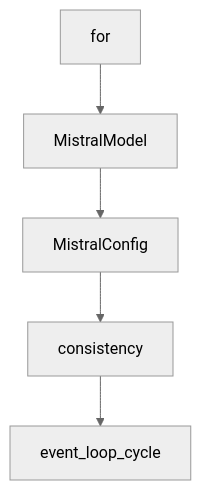
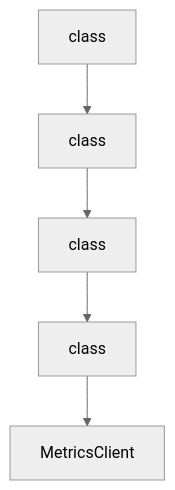
Before and after one commit to johnxie/awesome-code-docs: the diagram in tutorials/strands-agents-tutorial/08-contribution-workflow-and-ecosystem-extensions.md, drawn with Mermaid (neutral theme). The commit also changed other lines of this file and 1232 other files, not shown here.

````diff
--- a/tutorials/strands-agents-tutorial/08-contribution-workflow-and-ecosystem-extensions.md
+++ b/tutorials/strands-agents-tutorial/08-contribution-workflow-and-ecosystem-extensions.md
@@ -213,12 +211,12 @@
 ```mermaid
 flowchart TD
-    A[for]
-    B[MistralModel]
-    C[MistralConfig]
-    D[consistency]
-    E[event_loop_cycle]
+    A[class]
+    B[class]
+    C[class]
+    D[class]
+    E[MetricsClient]
     A --> B
     B --> C
     C --> D
     D --> E
 ```
````
